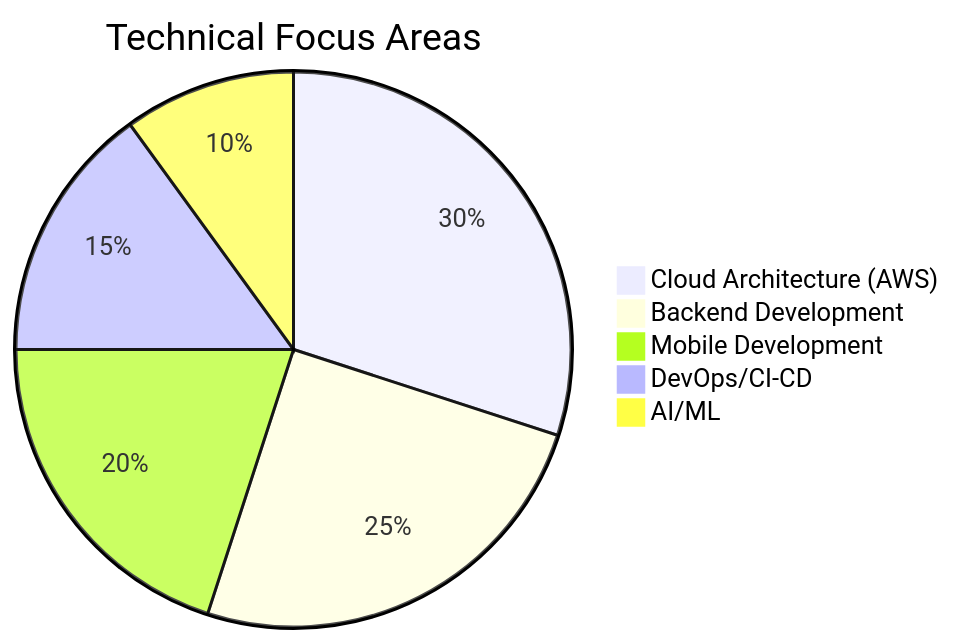
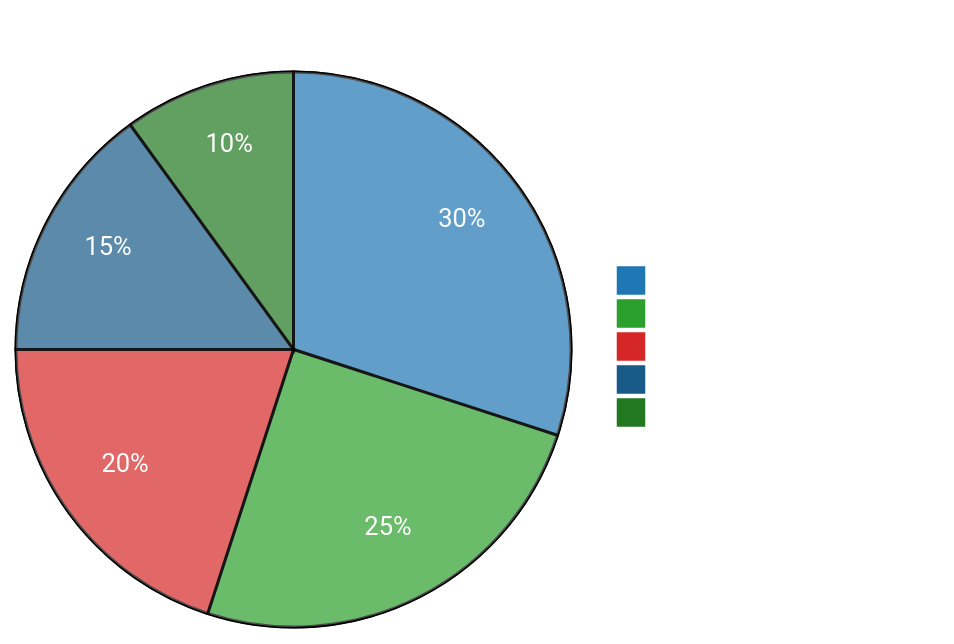
Before and after one commit to eftech93/eftech93: the diagram in docs/README.md, drawn with Mermaid. The commit also changed other lines of this file and 2 other files, not shown here.

````diff
--- a/docs/README.md
+++ b/docs/README.md
@@ -23,8 +28,9 @@
 ```mermaid
+%%{init: {'theme': 'base', 'themeVariables': { 'primaryColor': '#1f77b4', 'primaryTextColor': '#fff', 'primaryBorderColor': '#1f77b4', 'lineColor': '#ff7f0e', 'secondaryColor': '#2ca02c', 'tertiaryColor': '#d62728', 'pieOuterStrokeWidth': '1px'}}}%%
 pie title Technical Focus Areas
     "Cloud Architecture (AWS)" : 30
     "Backend Development" : 25
     "Mobile Development" : 20
     "DevOps/CI-CD" : 15
     "AI/ML" : 10
 ```
````
